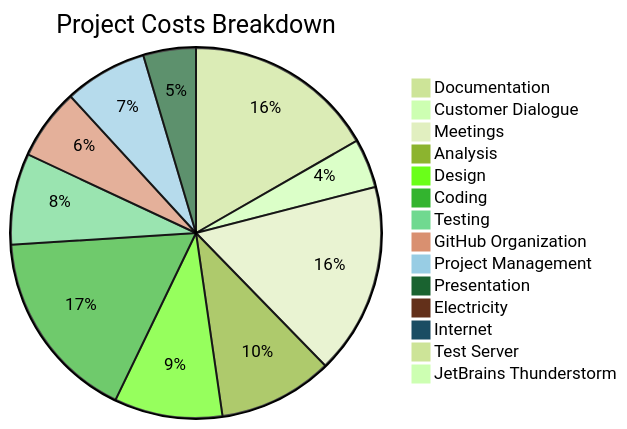
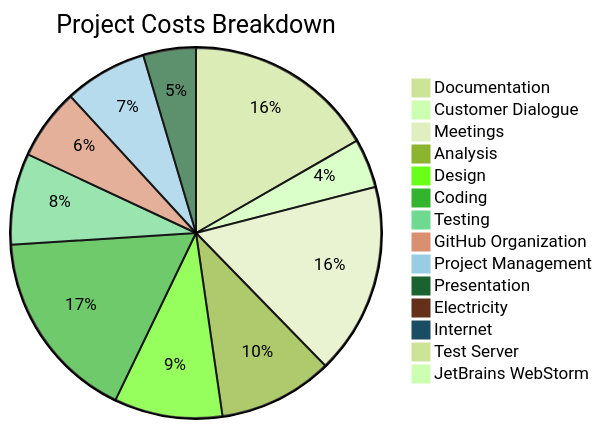
One commit to DHBW-TINF24F/Team5-management-and-docs changed the third of 3 diagrams in docs/business-case/index.md. Above: the diagram before and after it, drawn with Mermaid (forest theme). The commit also changed other lines of this file, not shown here.

````diff
--- a/docs/business-case/index.md
+++ b/docs/business-case/index.md
@@ -223,17 +223,17 @@
 ```mermaid
    pie title Project Costs Breakdown
     "Documentation": 12686
     "Customer Dialogue": 3254
     "Meetings": 12686
     "Analysis": 7592
     "Design": 7168
     "Coding": 12787
     "Testing": 6046
     "GitHub Organization": 4720
     "Project Management": 5489
     "Presentation": 3485
     "Electricity": 351
     "Internet": 326
     "Test Server": 206
-    "JetBrains Thunderstorm": 179
+    "JetBrains WebStorm": 179
 ```
````
